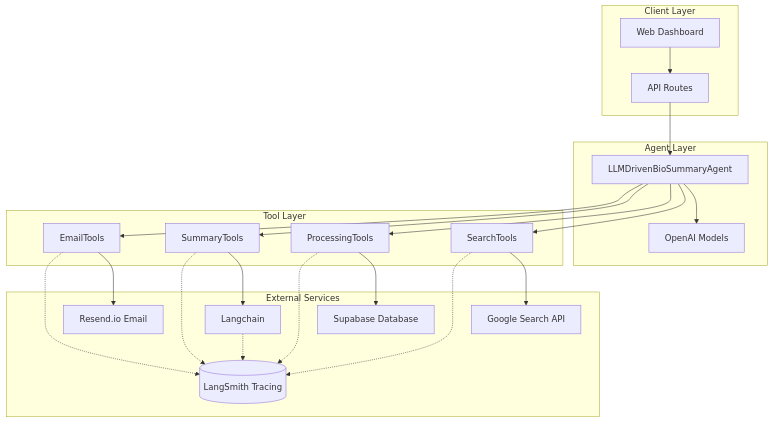
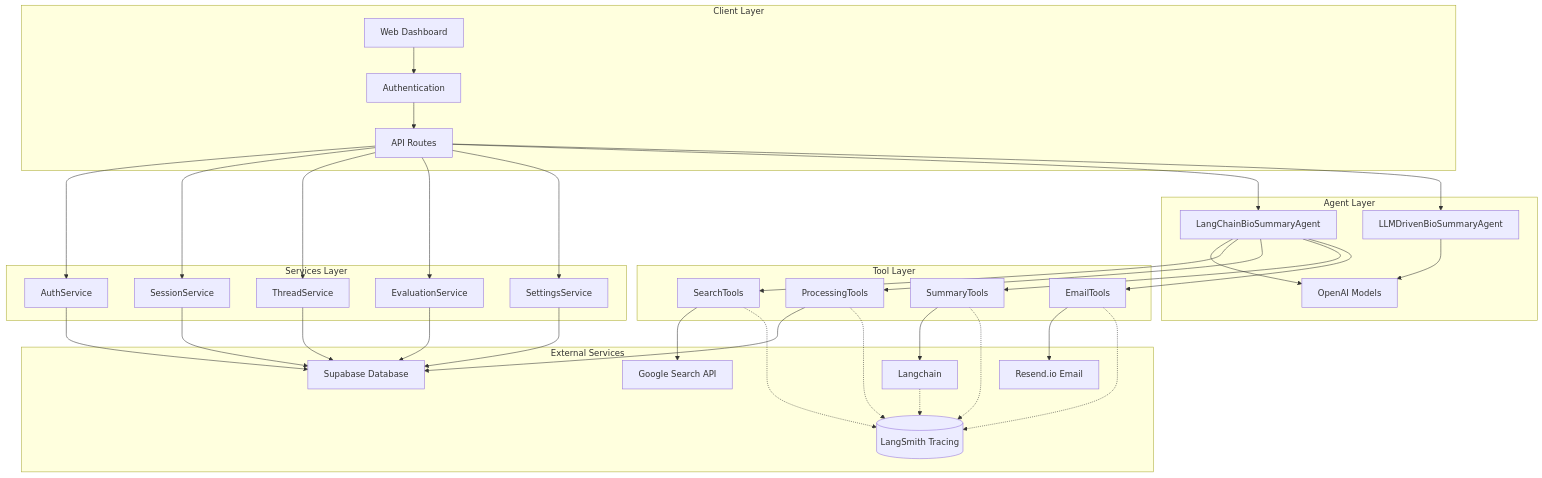
One commit to ashtekar/agent-bio-summary-v2 changed the diagram in README.md. Above: the diagram before and after it, drawn with Mermaid. The commit also changed other lines of this file, not shown here.

````diff
--- a/README.md
+++ b/README.md
@@ -38,46 +59,71 @@
 ```mermaid
 graph TB
     subgraph "Client Layer"
         UI[Web Dashboard]
+        AUTH[Authentication]
         API[API Routes]
     end
     
     subgraph "Agent Layer"
+        LANGCHAIN_AGENT[LangChainBioSummaryAgent]
         LLM_AGENT[LLMDrivenBioSummaryAgent]
         OPENAI[OpenAI Models]
     end
     
     subgraph "Tool Layer"
         SEARCH[SearchTools]
         PROCESSING[ProcessingTools]
         SUMMARY[SummaryTools]
         EMAIL[EmailTools]
     end
     
+    subgraph "Services Layer"
+        AUTH_SVC[AuthService]
+        SESSION_SVC[SessionService]
+        THREAD_SVC[ThreadService]
+        EVAL_SVC[EvaluationService]
+        SETTINGS_SVC[SettingsService]
+    end
+    
     subgraph "External Services"
         GOOGLE[Google Search API]
         SUPABASE[Supabase Database]
         RESEND[Resend.io Email]
         LANGCHAIN[Langchain]
         LANGSMITH[("LangSmith Tracing")]
     end
     
-    UI --> API
+    UI --> AUTH
+    AUTH --> API
+    API --> AUTH_SVC
+    API --> SESSION_SVC
+    API --> THREAD_SVC
+    API --> EVAL_SVC
+    API --> SETTINGS_SVC
+    API --> LANGCHAIN_AGENT
     API --> LLM_AGENT
+    
+    LANGCHAIN_AGENT --> OPENAI
     LLM_AGENT --> OPENAI
-    LLM_AGENT --> SEARCH
-    LLM_AGENT --> PROCESSING
-    LLM_AGENT --> SUMMARY
-    LLM_AGENT --> EMAIL
+    LANGCHAIN_AGENT --> SEARCH
+    LANGCHAIN_AGENT --> PROCESSING
+    LANGCHAIN_AGENT --> SUMMARY
+    LANGCHAIN_AGENT --> EMAIL
     
     SEARCH --> GOOGLE
     PROCESSING --> SUPABASE
     SUMMARY --> LANGCHAIN
     EMAIL --> RESEND
+    
+    AUTH_SVC --> SUPABASE
+    SESSION_SVC --> SUPABASE
+    THREAD_SVC --> SUPABASE
+    EVAL_SVC --> SUPABASE
+    SETTINGS_SVC --> SUPABASE
     
     SEARCH -.-> LANGSMITH
     PROCESSING -.-> LANGSMITH
     SUMMARY -.-> LANGSMITH
     EMAIL -.-> LANGSMITH
     LANGCHAIN -.-> LANGSMITH
 ```
````
